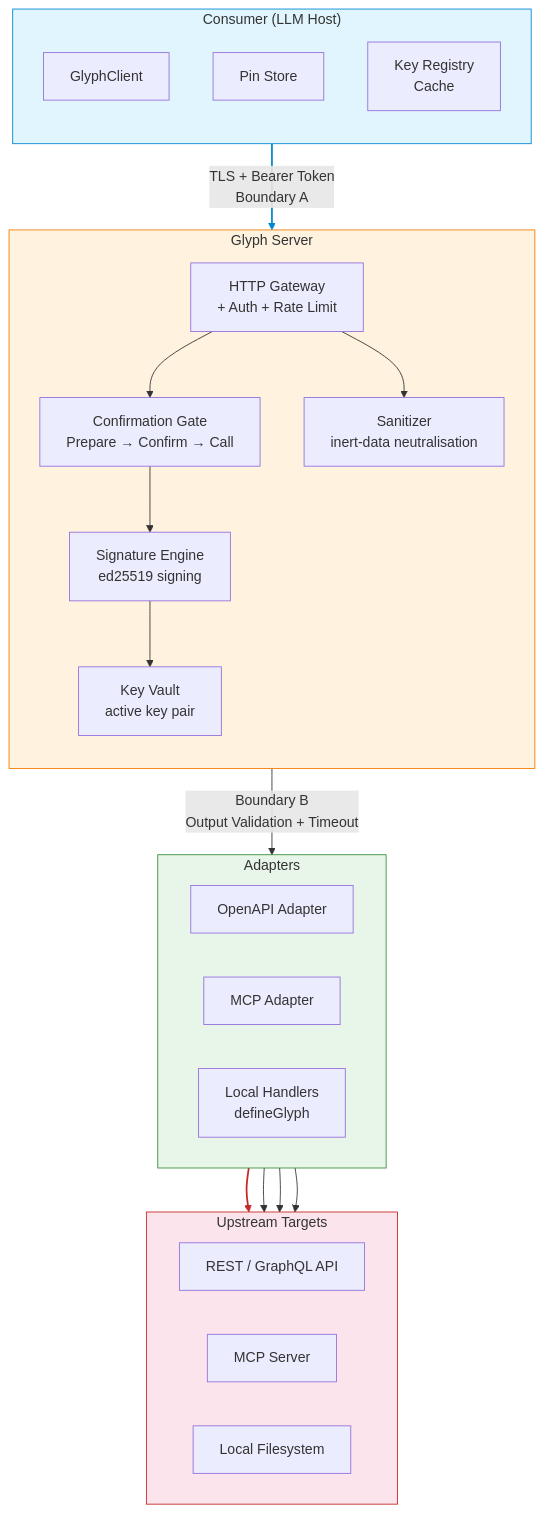
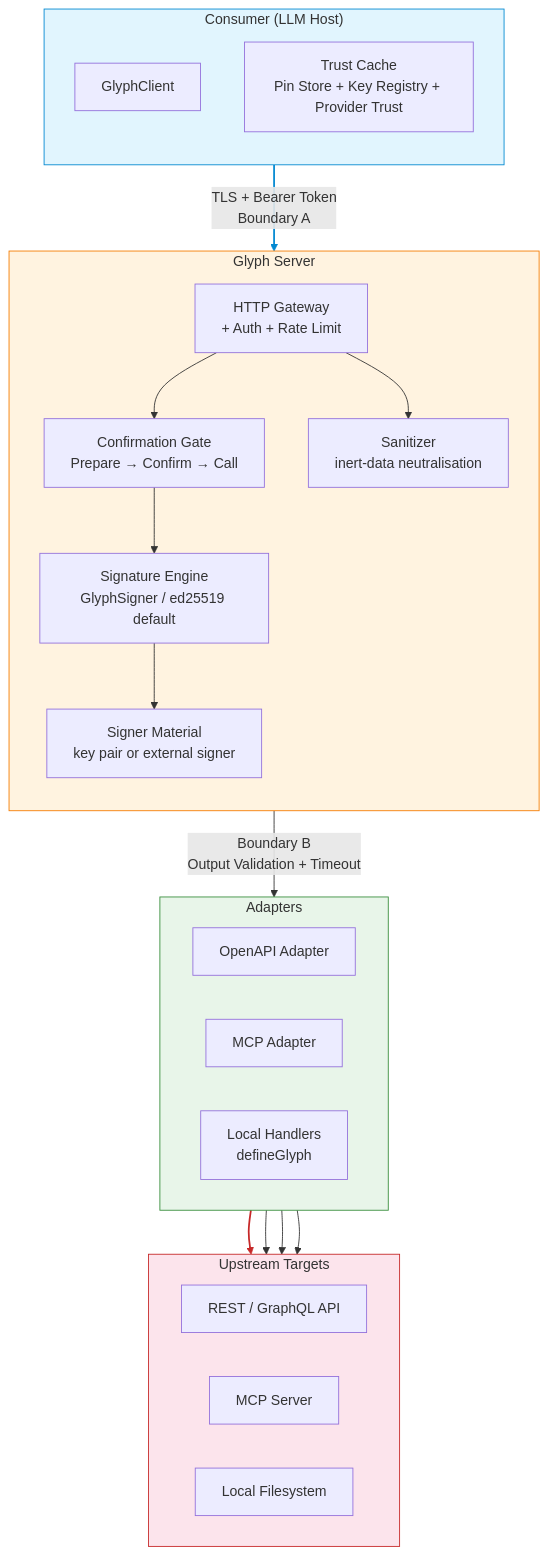
Before and after one commit to Monoperro0207/glyph-protocol: the diagram in ARCHITECTURE.md, drawn with Mermaid. The commit also changed other lines of this file and 18 other files, not shown here.

````diff
--- a/ARCHITECTURE.md
+++ b/ARCHITECTURE.md
@@ -11,52 +11,51 @@
 ```mermaid
 graph TB
     subgraph Consumer["Consumer (LLM Host)"]
         direction TB
         CL[GlyphClient]
-        PS[Pin Store]
-        KR[Key Registry<br/>Cache]
+        TC[Trust Cache<br/>Pin Store + Key Registry + Provider Trust]
     end
 
     subgraph Server["Glyph Server"]
         direction TB
         GW[HTTP Gateway<br/>+ Auth + Rate Limit]
         CF[Confirmation Gate<br/>Prepare → Confirm → Call]
-        SG[Signature Engine<br/>ed25519 signing]
+        SG[Signature Engine<br/>GlyphSigner / ed25519 default]
         SN[Sanitizer<br/>inert-data neutralisation]
-        KV[Key Vault<br/>active key pair]
+        KV[Signer Material<br/>key pair or external signer]
     end
 
     subgraph Adapters["Adapters"]
         direction LR
         OA[OpenAPI Adapter]
         MA[MCP Adapter]
         LA[Local Handlers<br/>defineGlyph]
     end
 
     subgraph Upstream["Upstream Targets"]
         direction LR
         API[REST / GraphQL API]
         MCP[MCP Server]
         FS[Local Filesystem]
     end
 
     Consumer -->|"TLS + Bearer Token<br/>Boundary A"| GW
     GW --> CF --> SG
     GW --> SN
     SG --> KV
 
     OA --> API
     MA --> MCP
     LA --> FS
 
     Server -->|"Boundary B<br/>Output Validation + Timeout"| Adapters
     Adapters --> Upstream
 
     style Consumer fill:#e1f5fe,stroke:#0288d1
     style Server fill:#fff3e0,stroke:#f57c00
     style Adapters fill:#e8f5e9,stroke:#388e3c
     style Upstream fill:#fce4ec,stroke:#c62828
 
     linkStyle 0 stroke:#0288d1,stroke-width:2px
     linkStyle 5 stroke:#c62828,stroke-width:2px
 ```
````
